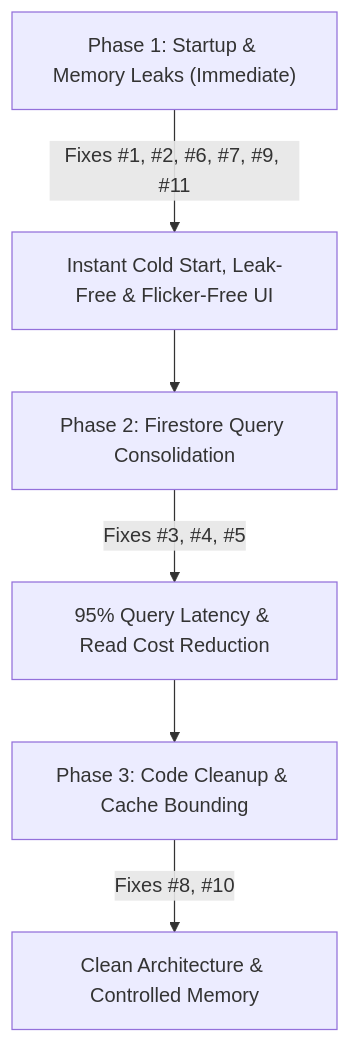
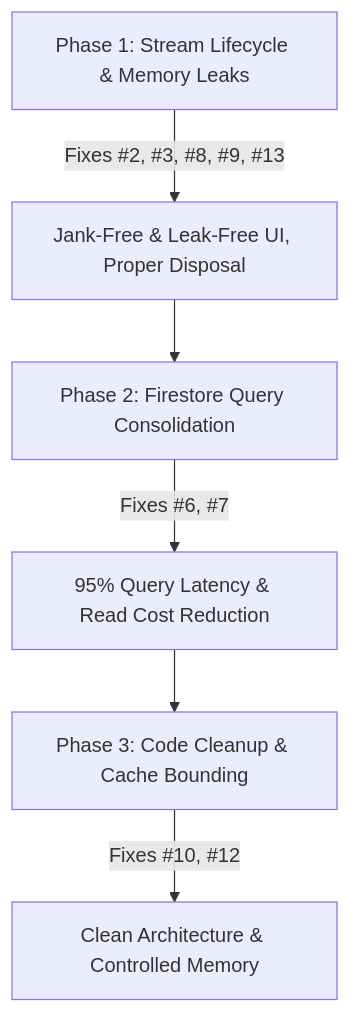
One commit to PandeyUpendra/school-attendance-app changed the diagram in PERFORMANCE_REPORT.md. Above: the diagram before and after it, drawn with Mermaid. The commit also changed other lines of this file and 5 other files, not shown here.

````diff
--- a/PERFORMANCE_REPORT.md
+++ b/PERFORMANCE_REPORT.md
@@ -337,8 +293,8 @@
 ```mermaid
 graph TD
-    A["Phase 1: Startup & Memory Leaks (Immediate)"] -->|Fixes #1, #2, #6, #7, #9, #11| B["Instant Cold Start, Leak-Free & Flicker-Free UI"]
+    A["Phase 1: Stream Lifecycle & Memory Leaks"] -->|Fixes #2, #3, #8, #9, #13| B["Jank-Free & Leak-Free UI, Proper Disposal"]
     B --> C["Phase 2: Firestore Query Consolidation"]
-    C -->|Fixes #3, #4, #5| D["95% Query Latency & Read Cost Reduction"]
+    C -->|Fixes #6, #7| D["95% Query Latency & Read Cost Reduction"]
     D --> E["Phase 3: Code Cleanup & Cache Bounding"]
-    E -->|Fixes #8, #10| F["Clean Architecture & Controlled Memory"]
+    E -->|Fixes #10, #12| F["Clean Architecture & Controlled Memory"]
 ```
````
